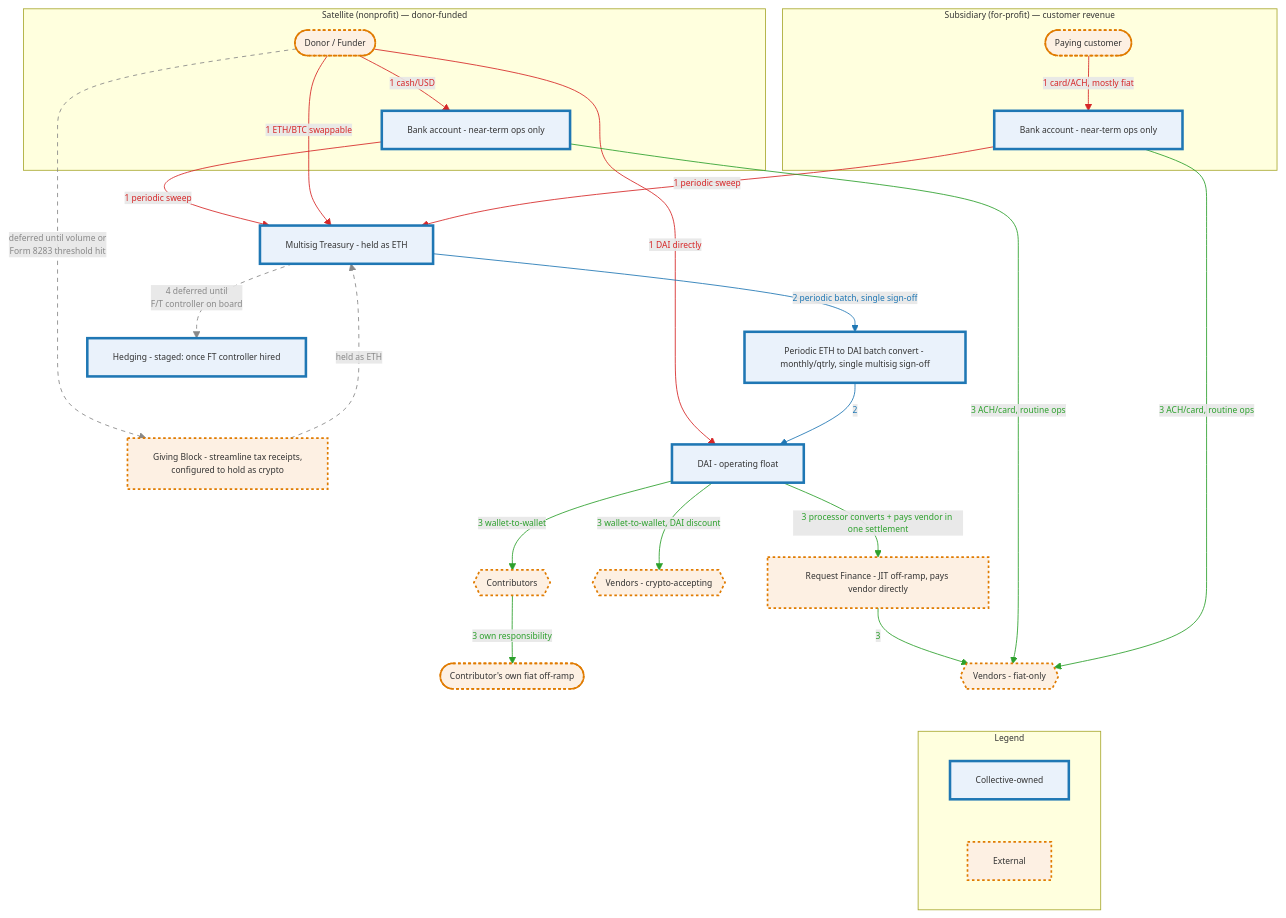
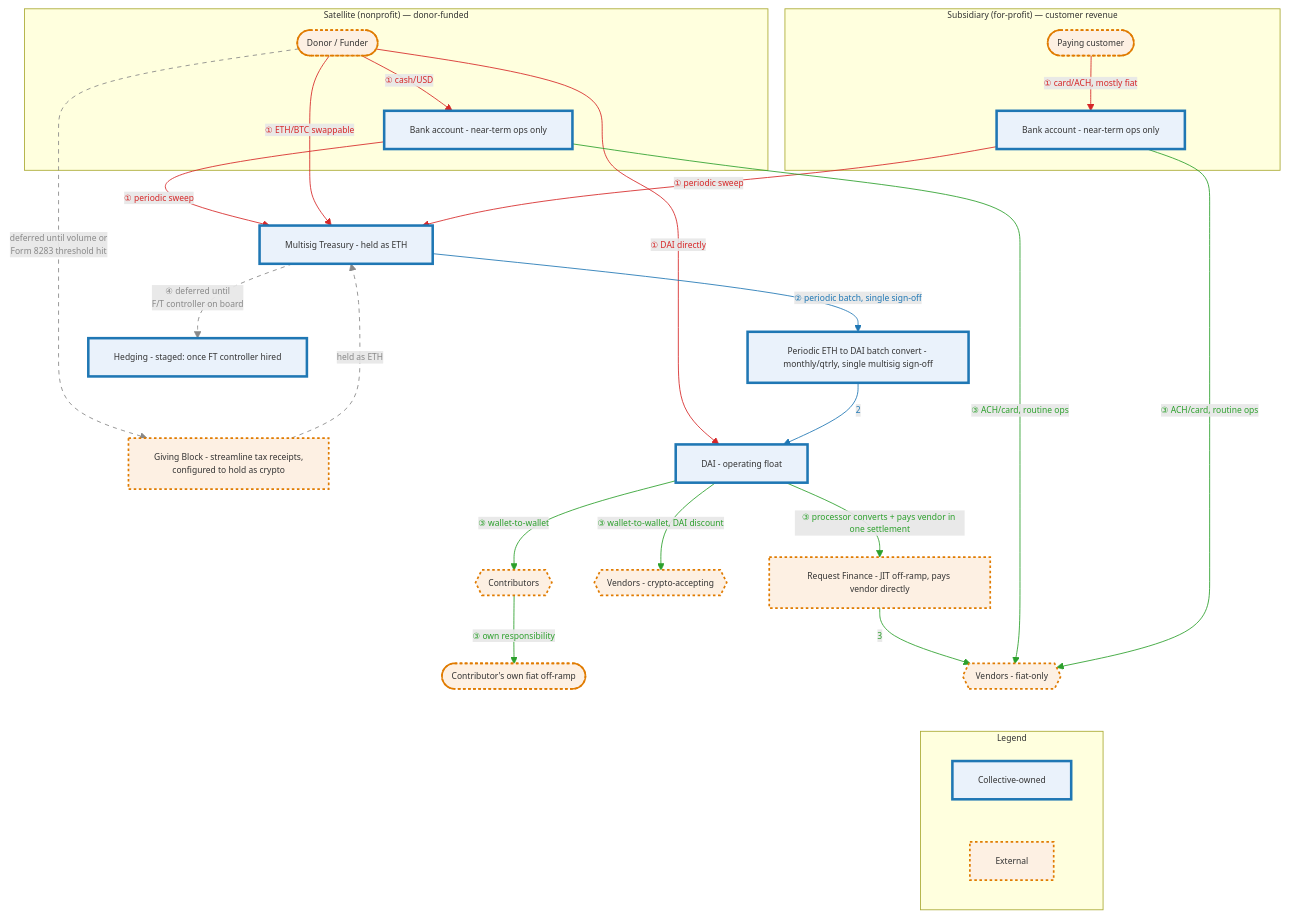
The second of 5 diagrams in governance/commons-hub-pattern.md (doikayt/admin), drawn with Mermaid before and after one commit. The commit also changed other lines of this file, not shown here.

First line of the commit message:
docs: color-coded DAI diagram key, entity glossary, circled-digit flow numbers

````diff
--- a/governance/commons-hub-pattern.md
+++ b/governance/commons-hub-pattern.md
@@ -776,69 +776,69 @@
 ```mermaid
 %%{init: {"themeVariables": {"fontSize": "10px"}}}%%
 flowchart TD
     subgraph SAT["Satellite (nonprofit) — donor-funded"]
         Donor([Donor / Funder])
         SatBank[Bank account - near-term ops only]
     end
 
     subgraph SUB["Subsidiary (for-profit) — customer revenue"]
         Customer([Paying customer])
         SubBank[Bank account - near-term ops only]
     end
 
     DonationProcessor[Giving Block - streamline tax receipts,<br/>configured to hold as crypto]
     Treasury[Multisig Treasury - held as ETH]
     BatchConvert[Periodic ETH to DAI batch convert - monthly/qtrly, single multisig sign-off]
     DAIFloat[DAI - operating float]
     Contributors{{Contributors}}
     ContribOfframp([Contributor's own fiat off-ramp])
     VendorsCrypto{{Vendors - crypto-accepting}}
     OffRampJIT[Request Finance - JIT off-ramp, pays vendor directly]
     VendorsFiat{{Vendors - fiat-only}}
     Hedge[Hedging - staged: once FT controller hired]
 
     subgraph LEGEND["Legend"]
         L1[Collective-owned]
         L2[External]
     end
 
-    Donor -- "1 cash/USD" --> SatBank
-    SatBank -- "1 periodic sweep" --> Treasury
-    Donor -- "1 DAI directly" --> DAIFloat
-    Donor -- "1 ETH/BTC swappable" --> Treasury
-    Customer -- "1 card/ACH, mostly fiat" --> SubBank
-    SubBank -- "1 periodic sweep" --> Treasury
+    Donor -- "① cash/USD" --> SatBank
+    SatBank -- "① periodic sweep" --> Treasury
+    Donor -- "① DAI directly" --> DAIFloat
+    Donor -- "① ETH/BTC swappable" --> Treasury
+    Customer -- "① card/ACH, mostly fiat" --> SubBank
+    SubBank -- "① periodic sweep" --> Treasury
 
     Donor -.->|"deferred until volume or<br/>Form 8283 threshold hit"| DonationProcessor
 
-    Treasury -- "2 periodic batch, single sign-off" --> BatchConvert
+    Treasury -- "② periodic batch, single sign-off" --> BatchConvert
     BatchConvert -- "2" --> DAIFloat
 
-    DAIFloat -- "3 wallet-to-wallet" --> Contributors
-    Contributors -- "3 own responsibility" --> ContribOfframp
-    DAIFloat -- "3 wallet-to-wallet, DAI discount" --> VendorsCrypto
-    DAIFloat -- "3 processor converts + pays vendor in one settlement" --> OffRampJIT
+    DAIFloat -- "③ wallet-to-wallet" --> Contributors
+    Contributors -- "③ own responsibility" --> ContribOfframp
+    DAIFloat -- "③ wallet-to-wallet, DAI discount" --> VendorsCrypto
+    DAIFloat -- "③ processor converts + pays vendor in one settlement" --> OffRampJIT
     OffRampJIT -- "3" --> VendorsFiat
-    SatBank -- "3 ACH/card, routine ops" --> VendorsFiat
-    SubBank -- "3 ACH/card, routine ops" --> VendorsFiat
+    SatBank -- "③ ACH/card, routine ops" --> VendorsFiat
+    SubBank -- "③ ACH/card, routine ops" --> VendorsFiat
 
-    Treasury -.->|"4 deferred until<br/>F/T controller on board"| Hedge
+    Treasury -.->|"④ deferred until<br/>F/T controller on board"| Hedge
 
     Hedge ~~~ DonationProcessor
     Donor ~~~ SatBank
     VendorsFiat ~~~ LEGEND
     DonationProcessor -.->|"held as ETH"| Treasury
 
     linkStyle 0,1,2,3,4,5 stroke:#d62728,color:#d62728
     linkStyle 7,8 stroke:#1f77b4,color:#1f77b4
     linkStyle 9,10,11,12,13,14,15 stroke:#2ca02c,color:#2ca02c
     linkStyle 6,16,20 stroke:#888888,color:#888888,stroke-dasharray: 5 5
 
     classDef owned fill:#eaf2fb,stroke:#1f77b4,stroke-width:3px
     classDef external fill:#fdf0e3,stroke:#e07b00,stroke-width:2px,stroke-dasharray:3 3
     class L1 owned
     class L2 external
     class Treasury,SatBank,SubBank,BatchConvert,DAIFloat,Hedge owned
     class Donor,DonationProcessor,Customer,Contributors,ContribOfframp external
     class VendorsCrypto,OffRampJIT,VendorsFiat external
 ```
````
